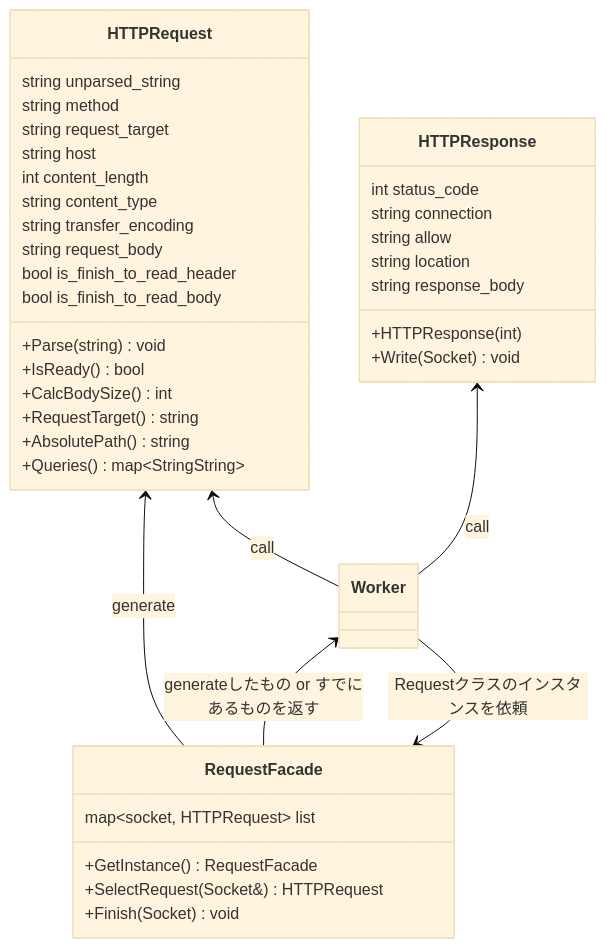
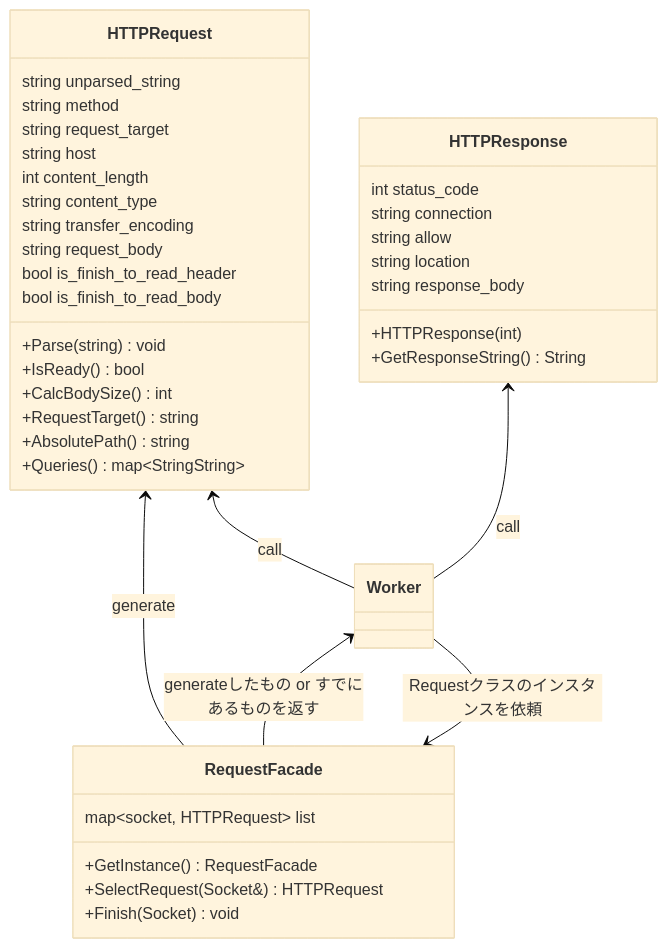
One commit to katataku/webserv changed the diagram in docs/class/http_class.md. Above: the diagram before and after it, drawn with Mermaid (base theme). The commit also changed other lines of this file and 4 other files, not shown here.

````diff
--- a/docs/class/http_class.md
+++ b/docs/class/http_class.md
@@ -1,51 +1,51 @@
 ```mermaid
 classDiagram
    class RequestFacade{
         map~socket, HTTPRequest~ list
         +GetInstance() RequestFacade
         +SelectRequest(Socket&) HTTPRequest
         +Finish(Socket) void
     }
 
     %% TODO: CalcBodySize()の詳細を詰める && nginxのmax_body_sizeも確認 %%
     class HTTPRequest{
         string unparsed_string
         string method
         string request_target
         string host
         int content_length
         string content_type
         string transfer_encoding
         string request_body
         bool is_finish_to_read_header
         bool is_finish_to_read_body
         
         +Parse(string) void
         +IsReady() bool
         +CalcBodySize() int
         +RequestTarget() string
         +AbsolutePath() string
         +Queries() map~StringString~
     }
 
     class HTTPResponse{
         int status_code
         string connection
         string allow
         string location
         string response_body
 
         +HTTPResponse(int)
-        +Write(Socket) void
+        +GetResponseString() String
     }
 
 
 HTTPRequest <-- RequestFacade : generate
 
 Worker <-- RequestFacade : generateしたもの or すでにあるものを返す
 Worker --> RequestFacade : Requestクラスのインスタンスを依頼
 
 
 HTTPRequest  <--  Worker :call
 HTTPResponse  <--  Worker :call
 ```
````
